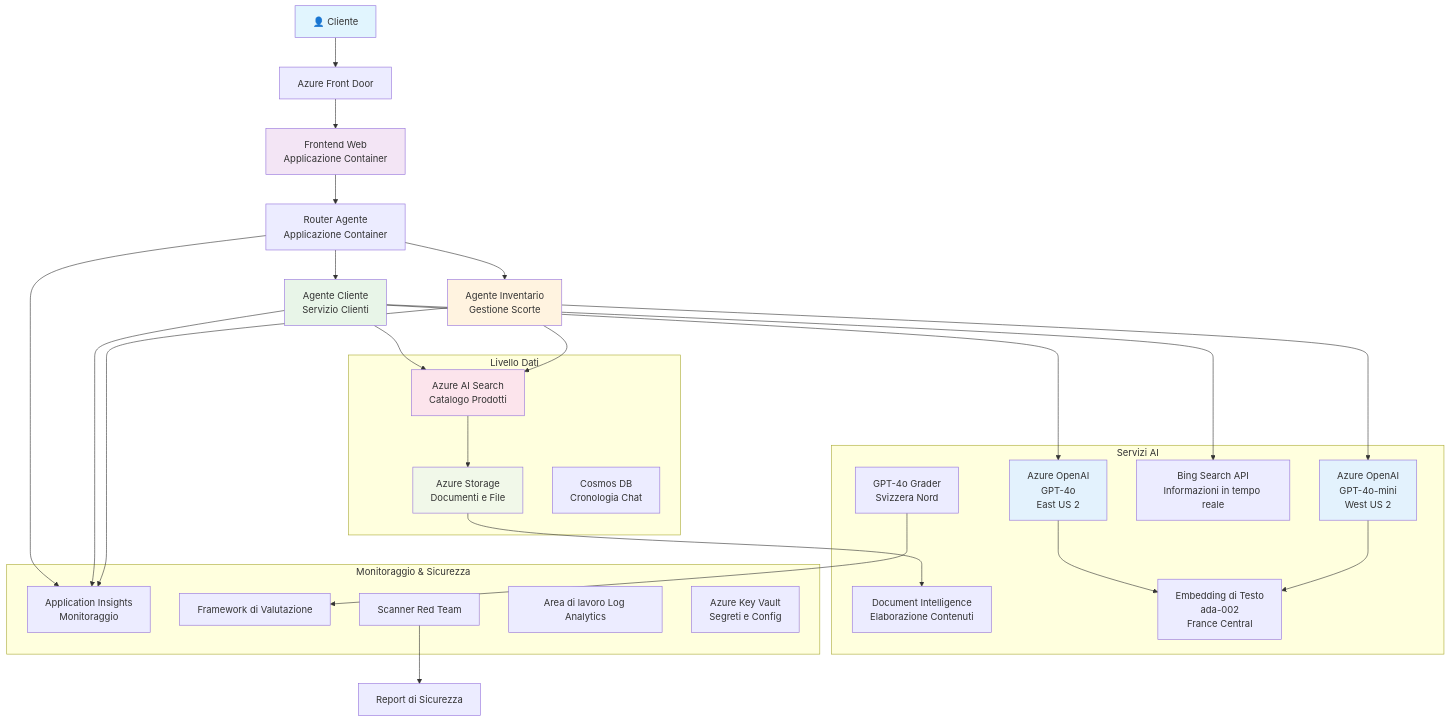
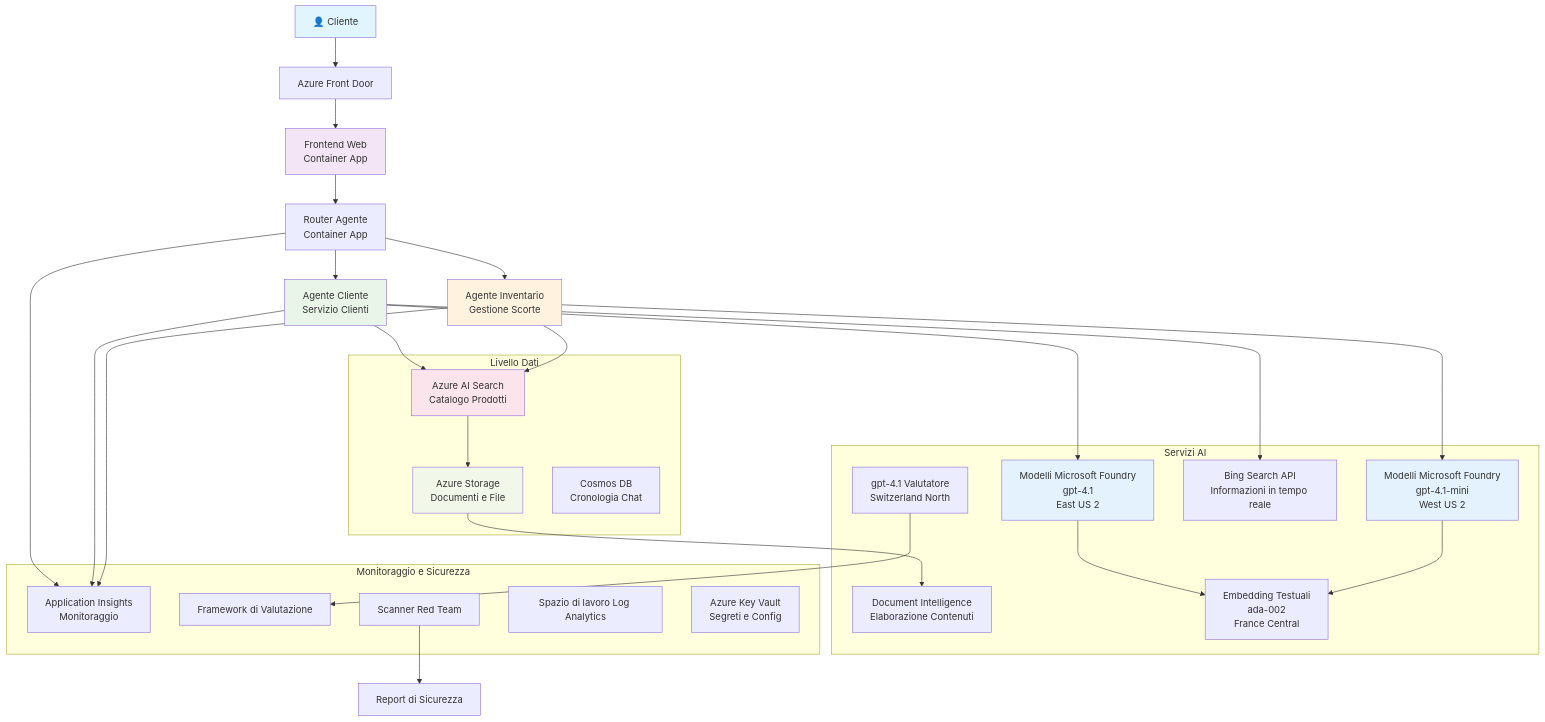
The diagram in translations/it/examples/retail-scenario.md (microsoft/AZD-for-beginners), drawn with Mermaid before and after one commit. The commit also changed other lines of this file and 101 other files, not shown here.

````diff
--- a/translations/it/examples/retail-scenario.md
+++ b/translations/it/examples/retail-scenario.md
@@ -139,61 +139,61 @@
 ```mermaid
 graph TB
     User[👤 Cliente] --> LB[Azure Front Door]
-    LB --> WebApp[Frontend Web<br/>Applicazione Container]
+    LB --> WebApp[Frontend Web<br/>Container App]
     
-    WebApp --> Router[Router Agente<br/>Applicazione Container]
+    WebApp --> Router[Router Agente<br/>Container App]
     Router --> CustomerAgent[Agente Cliente<br/>Servizio Clienti]
     Router --> InvAgent[Agente Inventario<br/>Gestione Scorte]
     
-    CustomerAgent --> OpenAI1[Azure OpenAI<br/>GPT-4o<br/>East US 2]
-    InvAgent --> OpenAI2[Azure OpenAI<br/>GPT-4o-mini<br/>West US 2]
+    CustomerAgent --> OpenAI1[Modelli Microsoft Foundry<br/>gpt-4.1<br/>East US 2]
+    InvAgent --> OpenAI2[Modelli Microsoft Foundry<br/>gpt-4.1-mini<br/>West US 2]
     
     CustomerAgent --> AISearch[Azure AI Search<br/>Catalogo Prodotti]
     CustomerAgent --> BingSearch[Bing Search API<br/>Informazioni in tempo reale]
     InvAgent --> AISearch
     
     AISearch --> Storage[Azure Storage<br/>Documenti e File]
     Storage --> DocIntel[Document Intelligence<br/>Elaborazione Contenuti]
     
-    OpenAI1 --> Embeddings[Embedding di Testo<br/>ada-002<br/>France Central]
+    OpenAI1 --> Embeddings[Embedding Testuali<br/>ada-002<br/>France Central]
     OpenAI2 --> Embeddings
     
     Router --> AppInsights[Application Insights<br/>Monitoraggio]
     CustomerAgent --> AppInsights
     InvAgent --> AppInsights
     
-    GraderModel[GPT-4o Grader<br/>Svizzera Nord] --> Evaluation[Framework di Valutazione]
+    GraderModel[gpt-4.1 Valutatore<br/>Switzerland North] --> Evaluation[Framework di Valutazione]
     RedTeam[Scanner Red Team] --> SecurityReports[Report di Sicurezza]
     
     subgraph "Livello Dati"
         Storage
         AISearch
         CosmosDB[Cosmos DB<br/>Cronologia Chat]
     end
     
     subgraph "Servizi AI"
         OpenAI1
         OpenAI2
         Embeddings
         GraderModel
         DocIntel
         BingSearch
     end
     
-    subgraph "Monitoraggio & Sicurezza"
+    subgraph "Monitoraggio e Sicurezza"
         AppInsights
-        LogAnalytics[Area di lavoro Log Analytics]
+        LogAnalytics[Spazio di lavoro Log Analytics]
         KeyVault[Azure Key Vault<br/>Segreti e Config]
         RedTeam
         Evaluation
     end
     
     style User fill:#e1f5fe
     style WebApp fill:#f3e5f5
     style CustomerAgent fill:#e8f5e8
     style InvAgent fill:#fff3e0
     style OpenAI1 fill:#e3f2fd
     style OpenAI2 fill:#e3f2fd
     style AISearch fill:#fce4ec
     style Storage fill:#f1f8e9
 ```
````
